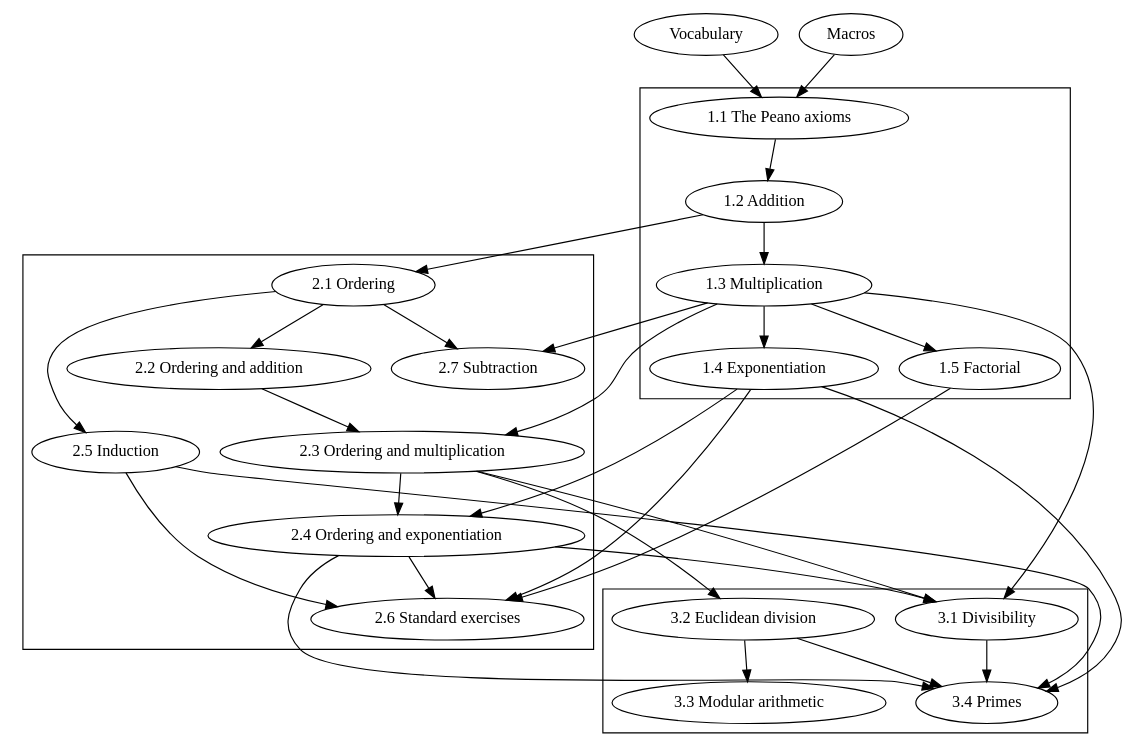
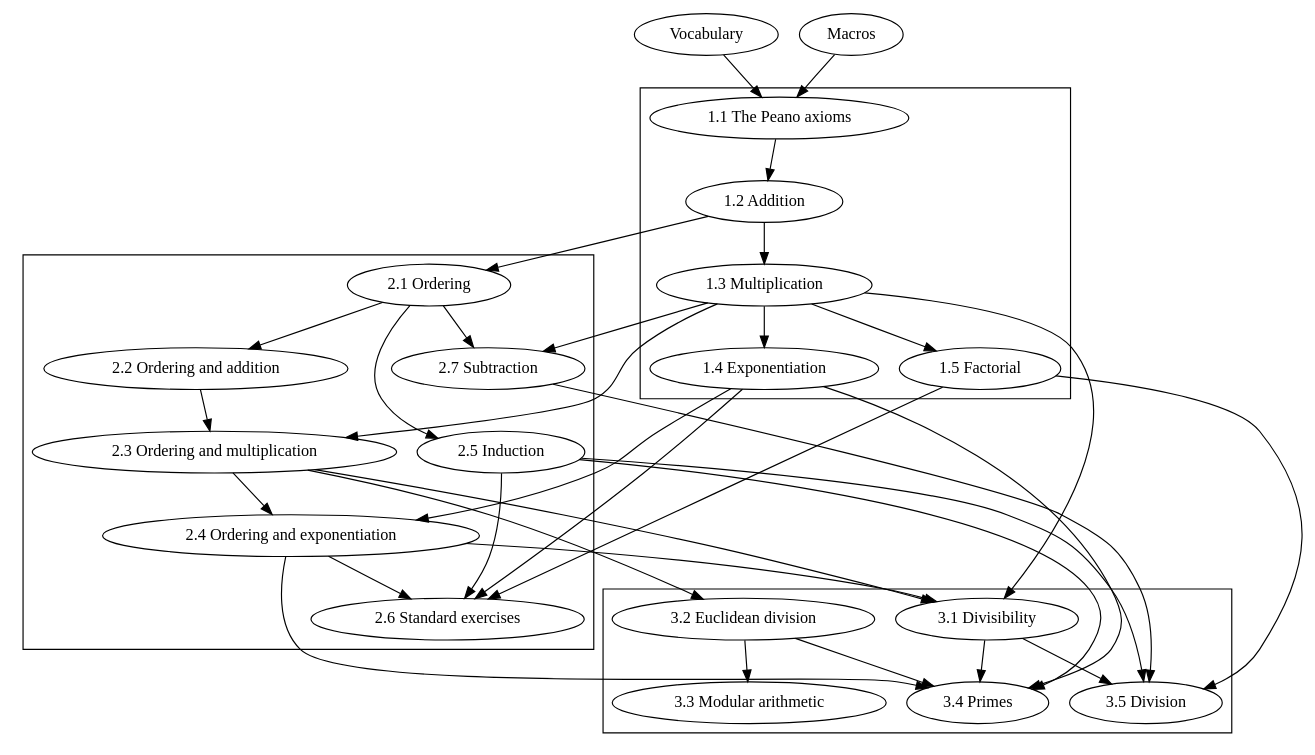
The diagram in examples/arithmetic/dependency-graph/graph.dot (naproche/naproche), drawn with Graphviz before and after one commit. The commit also changed 4 other files, not shown here.

```diff
--- a/examples/arithmetic/dependency-graph/graph.dot
+++ b/examples/arithmetic/dependency-graph/graph.dot
@@ -1,48 +1,50 @@
 digraph Sections {
   vocab [label = "Vocabulary"]
   macros [label = "Macros"]
 
   subgraph cluster_1 {
     arith_01 [label = "1.1 The Peano axioms"]
     arith_02 [label = "1.2 Addition"]
     arith_03 [label = "1.3 Multiplication"]
     arith_04 [label = "1.4 Exponentiation"]
     arith_05 [label = "1.5 Factorial"]
   }
 
   subgraph cluster_2 {
     ord_01 [label = "2.1 Ordering"]
     ord_02 [label = "2.2 Ordering and addition"]
     ord_03 [label = "2.3 Ordering and multiplication"]
     ord_04 [label = "2.4 Ordering and exponentiation"]
     ord_05 [label = "2.5 Induction"]
     ord_06 [label = "2.6 Standard exercises"]
     ord_07 [label = "2.7 Subtraction"]
   }
 
   subgraph cluster_3 {
     div_01 [label = "3.1 Divisibility"]
     div_02 [label = "3.2 Euclidean division"]
     div_03 [label = "3.3 Modular arithmetic"]
     div_04 [label = "3.4 Primes"]
+    div_05 [label = "3.5 Division"]
   }
 
   /* 1.1 */ vocab, macros                             -> arith_01
   /* 1.2 */ arith_01                                  -> arith_02
   /* 1.3 */ arith_02                                  -> arith_03
   /* 1.4 */ arith_03                                  -> arith_04
   /* 1.5 */ arith_03                                  -> arith_05
 
   /* 2.1 */ arith_02                                  -> ord_01
   /* 2.2 */ ord_01                                    -> ord_02
   /* 2.3 */ arith_03, ord_02                          -> ord_03
   /* 2.4 */ arith_04, ord_03                          -> ord_04
   /* 2.5 */ ord_01                                    -> ord_05
   /* 2.6 */ arith_04, arith_05, ord_04, ord_05        -> ord_06
   /* 2.7 */ arith_03, ord_01                          -> ord_07
 
   /* 3.1 */ arith_03, ord_03, ord_04                  -> div_01
   /* 3.2 */ ord_03                                    -> div_02
   /* 3.3 */ div_02                                    -> div_03
   /* 3.4 */ arith_04, ord_04, ord_05, div_01, div_02  -> div_04
+  /* 3.4 */ arith_05, ord_05, ord_07, div_01          -> div_05
 }
```
